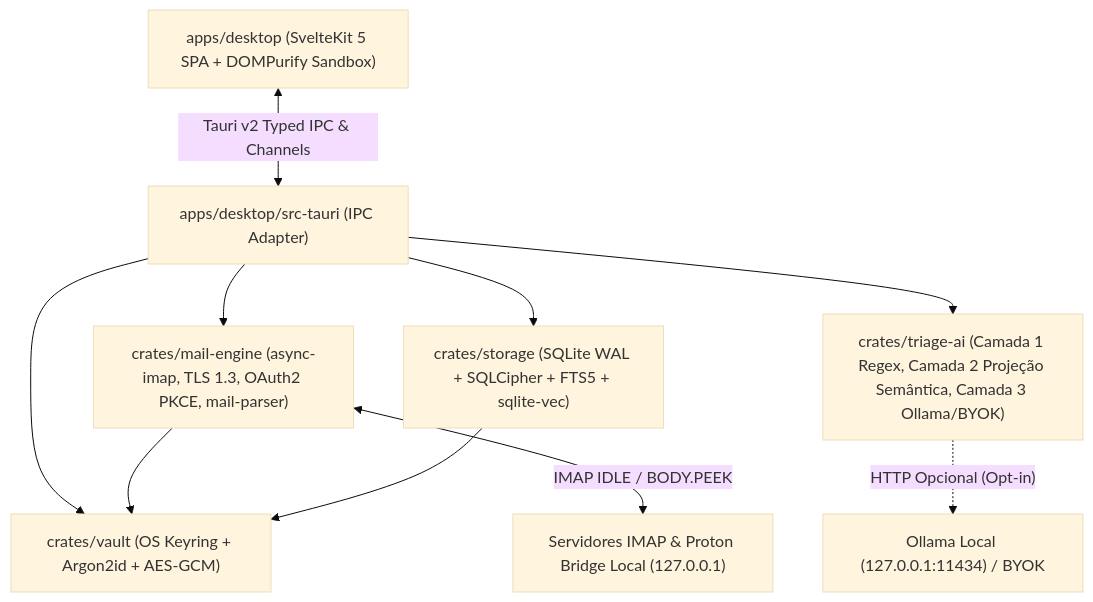
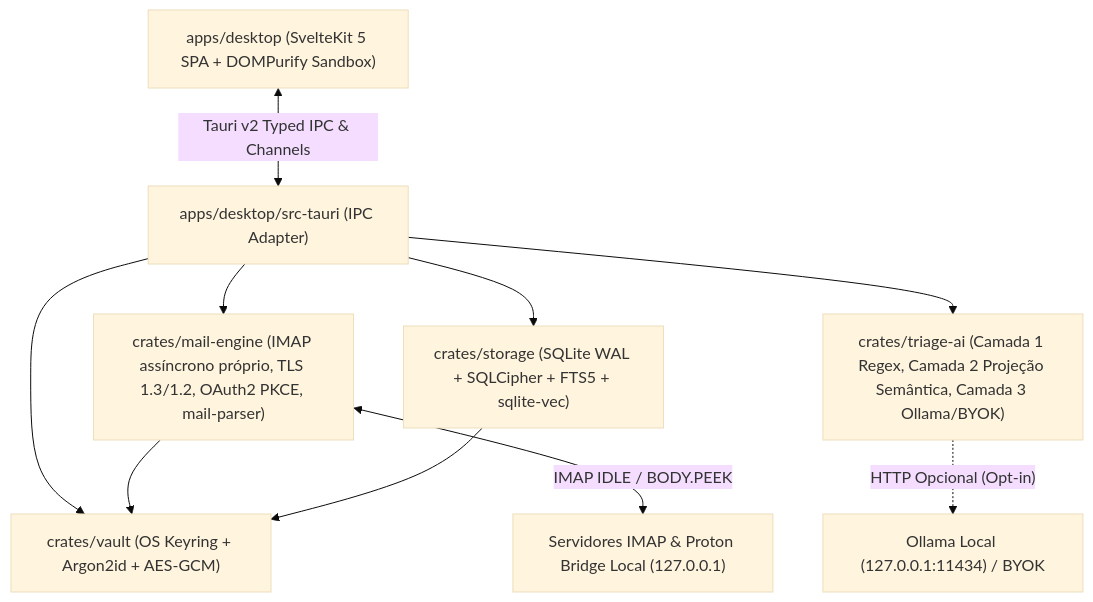
Before and after one commit to ye-sandbox/triage-mail: the diagram in README.pt-br.md, drawn with Mermaid (base theme). The commit also changed other lines of this file and 2 other files, not shown here.

````diff
--- a/README.pt-br.md
+++ b/README.pt-br.md
@@ -34,12 +34,12 @@
 ```mermaid
 flowchart TD
     UI["apps/desktop (SvelteKit 5 SPA + DOMPurify Sandbox)"] <-->|"Tauri v2 Typed IPC & Channels"| TauriCore["apps/desktop/src-tauri (IPC Adapter)"]
-    TauriCore --> MailEngine["crates/mail-engine (async-imap, TLS 1.3, OAuth2 PKCE, mail-parser)"]
+    TauriCore --> MailEngine["crates/mail-engine (IMAP assíncrono próprio, TLS 1.3/1.2, OAuth2 PKCE, mail-parser)"]
     TauriCore --> Storage["crates/storage (SQLite WAL + SQLCipher + FTS5 + sqlite-vec)"]
     TauriCore --> Vault["crates/vault (OS Keyring + Argon2id + AES-GCM)"]
     TauriCore --> TriageAI["crates/triage-ai (Camada 1 Regex, Camada 2 Projeção Semântica, Camada 3 Ollama/BYOK)"]
     MailEngine --> Vault
     Storage --> Vault
     MailEngine <-->|"IMAP IDLE / BODY.PEEK"| Providers["Servidores IMAP & Proton Bridge Local (127.0.0.1)"]
     TriageAI -.->|"HTTP Opcional (Opt-in)"| Ollama["Ollama Local (127.0.0.1:11434) / BYOK"]
 ```
````
